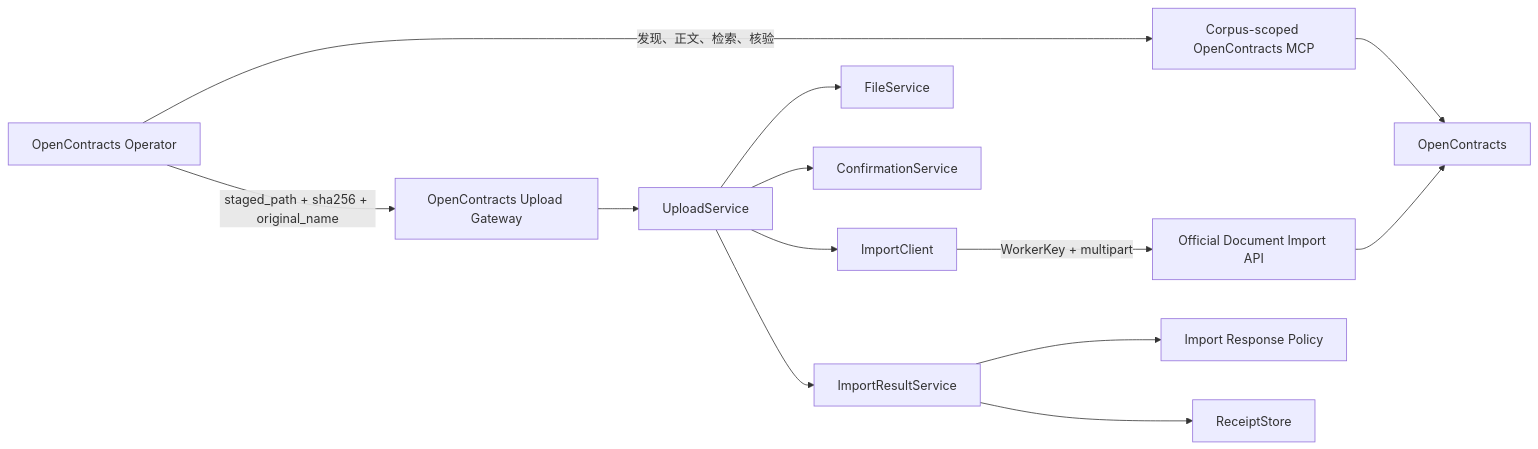
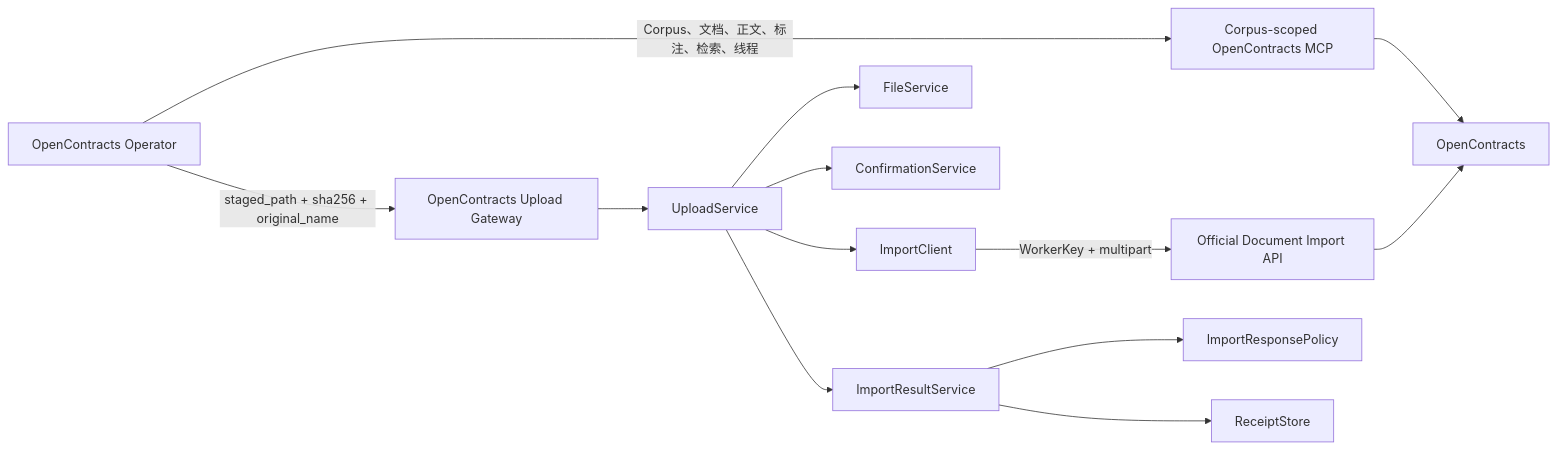
The first of 3 diagrams in plugins/astrbot_plugin_opencontracts_gateway/README.md (Ri0n72Y/ContractBotConfig), drawn with Mermaid before and after one commit. The commit also changed other lines of this file, not shown here.

Commit message:
docs: update gateway UML and MVP validation

````diff
--- a/plugins/astrbot_plugin_opencontracts_gateway/README.md
+++ b/plugins/astrbot_plugin_opencontracts_gateway/README.md
@@ -16,28 +18,28 @@
 ```mermaid
 flowchart LR
     Operator[OpenContracts Operator]
     MCP[Corpus-scoped OpenContracts MCP]
     Gateway[OpenContracts Upload Gateway]
-    UploadService[UploadService]
     FileService[FileService]
     Confirmation[ConfirmationService]
+    UploadService[UploadService]
+    ResponsePolicy[ImportResponsePolicy]
+    ResultService[ImportResultService]
     ImportClient[ImportClient]
-    ResponsePolicy[Import Response Policy]
-    ResultService[ImportResultService]
     ReceiptStore[ReceiptStore]
     ImportAPI[Official Document Import API]
     OC[OpenContracts]
 
-    Operator -->|发现、正文、检索、核验| MCP
+    Operator -->|Corpus、文档、正文、标注、检索、线程| MCP
     MCP --> OC
     Operator -->|staged_path + sha256 + original_name| Gateway
     Gateway --> UploadService
     UploadService --> FileService
     UploadService --> Confirmation
     UploadService --> ImportClient
     ImportClient -->|WorkerKey + multipart| ImportAPI
     ImportAPI --> OC
     UploadService --> ResultService
     ResultService --> ResponsePolicy
     ResultService --> ReceiptStore
 ```
````
